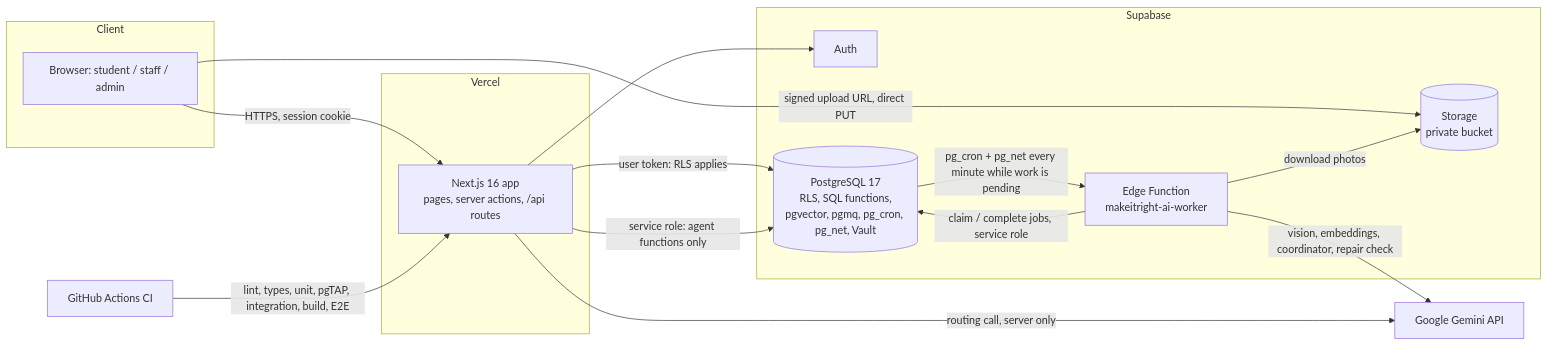
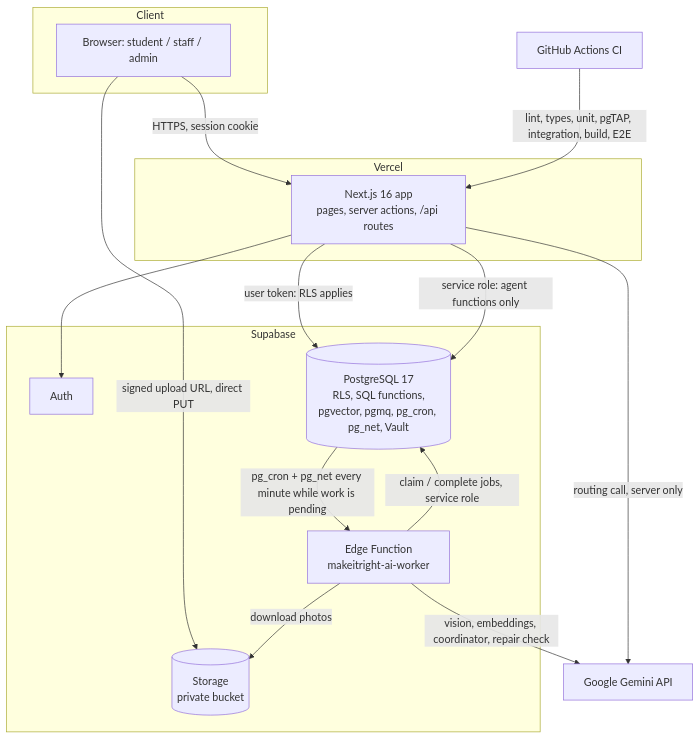
Before and after one commit to Saadullahasif47/make_it_right: the diagram in docs/expo-knowledge-base/04-technology-stack-and-decisions.md, drawn with Mermaid. The commit also changed 3 other files, not shown here.

First line of the commit message:
docs(expo): readable diagrams for print

````diff
--- a/docs/expo-knowledge-base/04-technology-stack-and-decisions.md
+++ b/docs/expo-knowledge-base/04-technology-stack-and-decisions.md
@@ -14,29 +14,29 @@
 ```mermaid
-flowchart LR
+flowchart TB
   subgraph Client
     B[Browser: student / staff / admin]
   end
   subgraph Vercel
     N[Next.js 16 app<br/>pages, server actions, /api routes]
   end
   subgraph Supabase
     A[Auth]
     P[(PostgreSQL 17<br/>RLS, SQL functions,<br/>pgvector, pgmq, pg_cron, pg_net, Vault)]
     S[(Storage<br/>private bucket)]
     W[Edge Function<br/>makeitright-ai-worker]
   end
   G[Google Gemini API]
   GH[GitHub Actions CI]
 
   B -->|HTTPS, session cookie| N
   N -->|user token: RLS applies| P
   N -->|service role: agent functions only| P
   N --> A
   B -->|signed upload URL, direct PUT| S
   N -->|routing call, server only| G
   P -->|pg_cron + pg_net every minute while work is pending| W
   W -->|claim / complete jobs, service role| P
   W -->|download photos| S
   W -->|vision, embeddings, coordinator, repair check| G
   GH -->|lint, types, unit, pgTAP, integration, build, E2E| N
 ```
````
